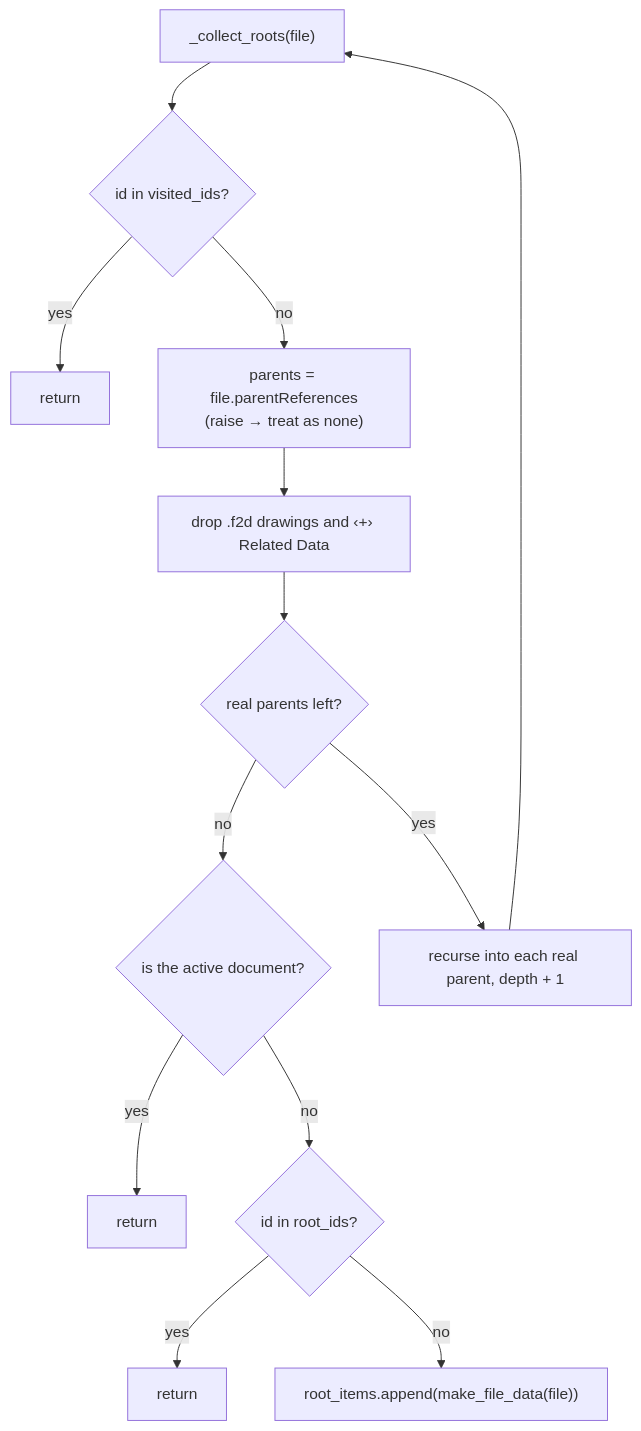
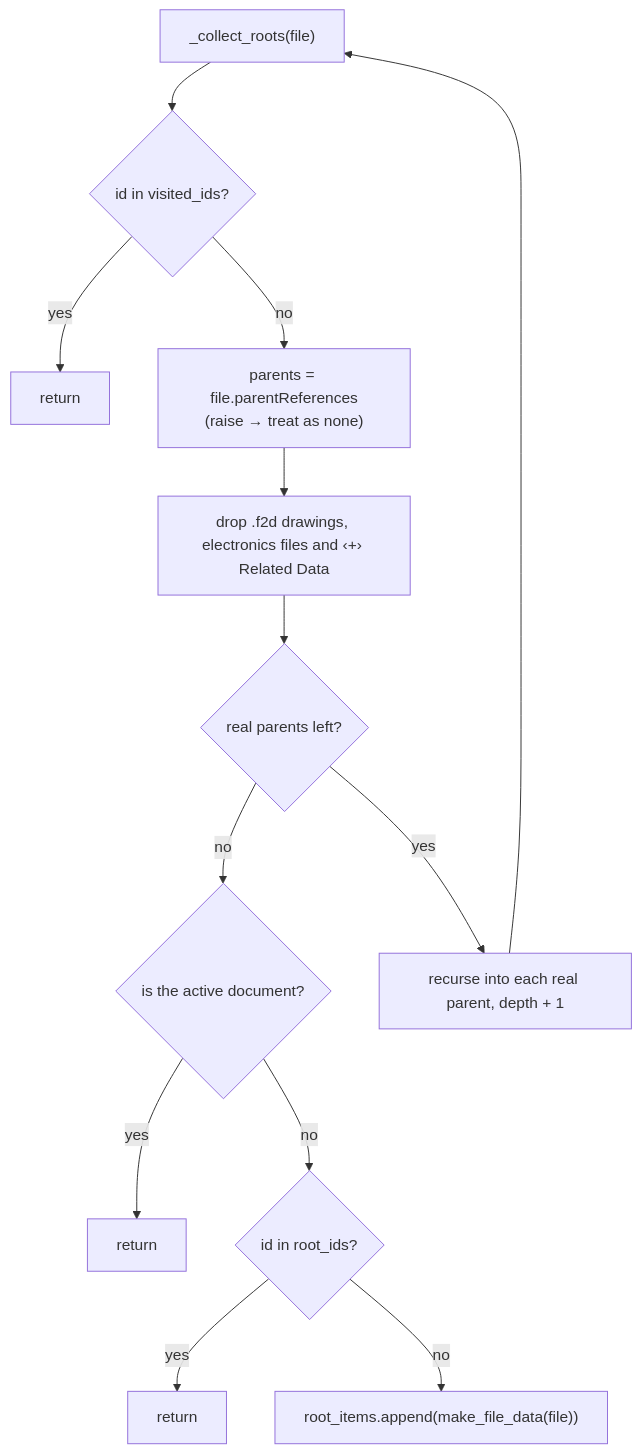
One commit to schneik80/PowerTools changed the second of 2 diagrams in docs/arch/Document References.md. Above: the diagram before and after it, drawn with Mermaid. The commit also changed other lines of this file and 19 other files, not shown here.

````diff
--- a/docs/arch/Document References.md
+++ b/docs/arch/Document References.md
@@ -63,15 +82,15 @@
 ```mermaid
 flowchart TD
   S["_collect_roots(file)"] --> V{"id in visited_ids?"}
   V -->|yes| X1["return"]
   V -->|no| P["parents = file.parentReferences<br/>(raise → treat as none)"]
-  P --> F["drop .f2d drawings and ‹+› Related Data"]
+  P --> F["drop .f2d drawings, electronics files and ‹+› Related Data"]
   F --> R{"real parents left?"}
   R -->|no| A{"is the active document?"}
   A -->|yes| X2["return"]
   A -->|no| D{"id in root_ids?"}
   D -->|yes| X3["return"]
   D -->|no| ROOT["root_items.append(make_file_data(file))"]
   R -->|yes| REC["recurse into each real parent, depth + 1"]
   REC --> S
 ```
````
